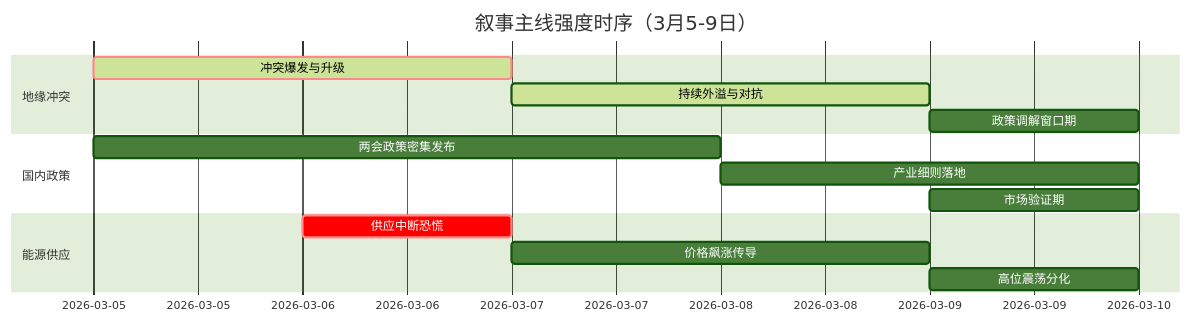
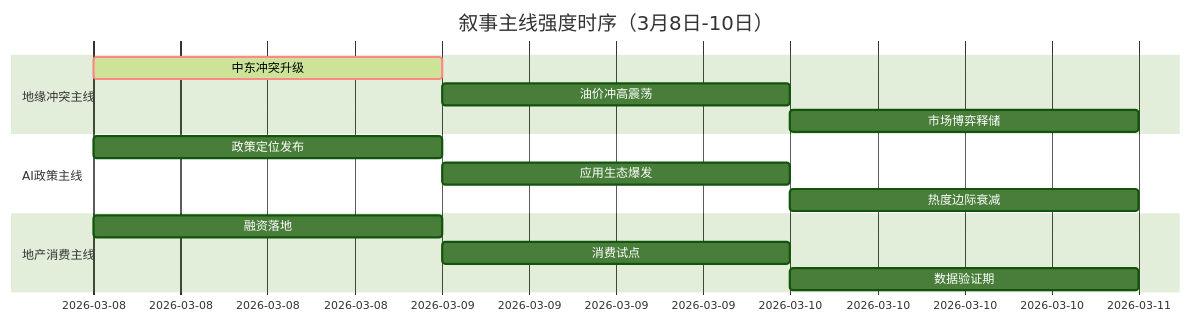
The diagram in 5day_report.md (uu5zn/uu5zn.github.io), drawn with Mermaid (forest theme) before and after one commit. The commit also changed other lines of this file and 19 other files, not shown here.

````diff
--- a/5day_report.md
+++ b/5day_report.md
@@ -54,19 +69,19 @@
 ```mermaid
 gantt
-    title 叙事主线强度时序（3月5-9日）
+    title 叙事主线强度时序（3月8日-10日）
     dateFormat  YYYY-MM-DD
-    section 地缘冲突
-    冲突爆发与升级   :crit, active, 2026-03-05, 2d
-    持续外溢与对抗   :active, 2026-03-07, 2d
-    政策调解窗口期   :2026-03-09, 1d
+    section 地缘冲突主线
+    中东冲突升级   :crit, active, 2026-03-08, 1d
+    油价冲高震荡   :2026-03-09, 1d
+    市场博弈释储   :2026-03-10, 1d
     
-    section 国内政策
-    两会政策密集发布   :2026-03-05, 3d
-    产业细则落地     :2026-03-08, 2d
-    市场验证期       :2026-03-09, 1d
+    section AI政策主线
+    政策定位发布   :2026-03-08, 1d
+    应用生态爆发   :2026-03-09, 1d
+    热度边际衰减   :2026-03-10, 1d
     
-    section 能源供应
-    供应中断恐慌     :crit, 2026-03-06, 1d
-    价格飙涨传导     :2026-03-07, 2d
-    高位震荡分化     :2026-03-09, 1d
+    section 地产消费主线
+    融资落地   :2026-03-08, 1d
+    消费试点   :2026-03-09, 1d
+    数据验证期   :2026-03-10, 1d
 ```
````
